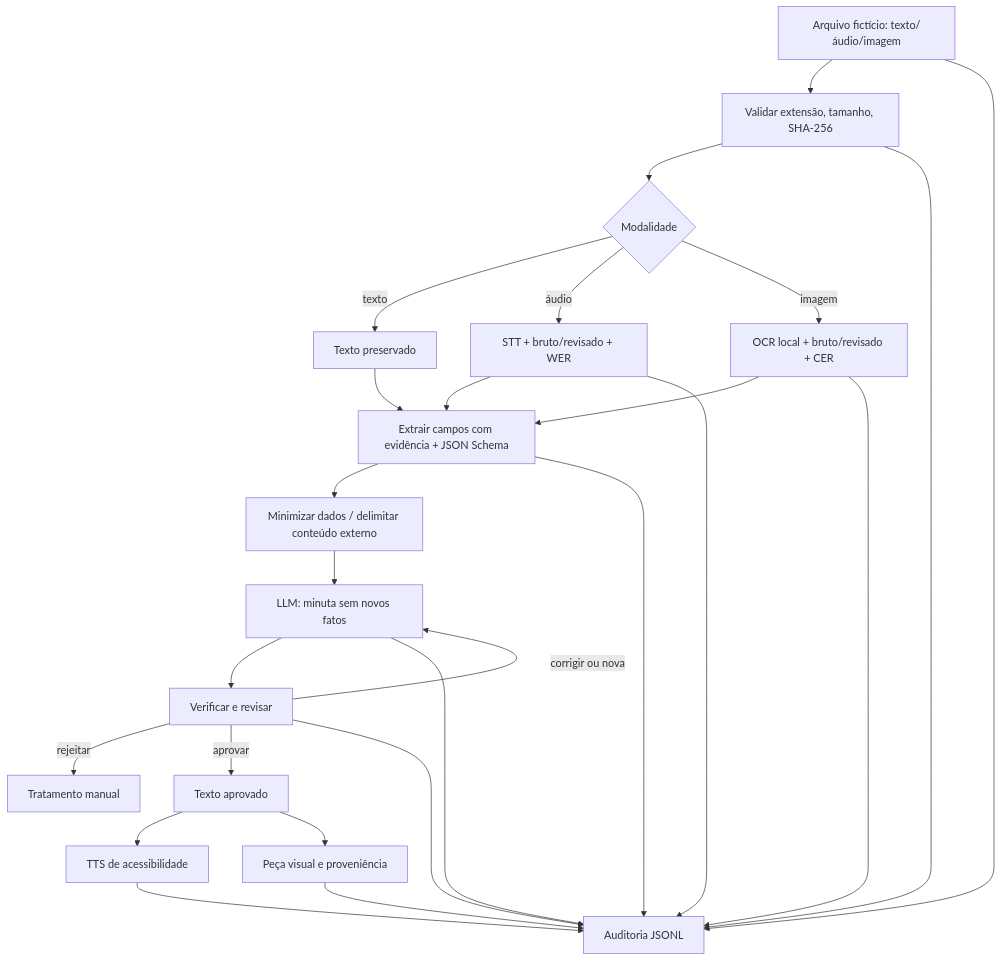
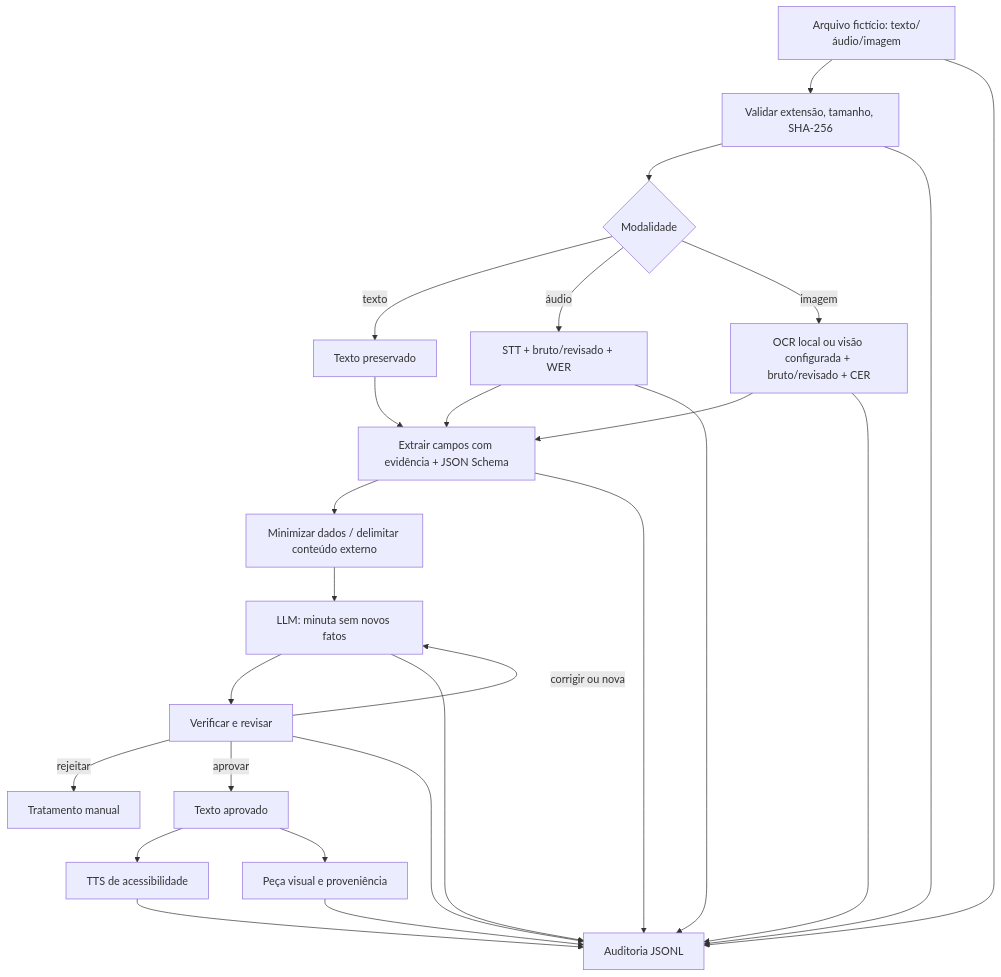
Before and after one commit to diegocbaleite/desafio-05-central-atendimento-ia: the diagram in documentacao/plano_projeto.md, drawn with Mermaid. The commit also changed 49 other files, not shown here.

````diff
--- a/documentacao/plano_projeto.md
+++ b/documentacao/plano_projeto.md
@@ -5,20 +5,20 @@
 ```mermaid
 flowchart TD
  A[Arquivo fictício: texto/áudio/imagem] --> B[Validar extensão, tamanho, SHA-256]
  B --> C{Modalidade}
  C -->|texto| D[Texto preservado]
  C -->|áudio| E[STT + bruto/revisado + WER]
- C -->|imagem| F[OCR local + bruto/revisado + CER]
+ C -->|imagem| F[OCR local ou visão configurada + bruto/revisado + CER]
  D --> G[Extrair campos com evidência + JSON Schema]
  E --> G
  F --> G
  G --> H[Minimizar dados / delimitar conteúdo externo]
  H --> I[LLM: minuta sem novos fatos]
  I --> J[Verificar e revisar]
  J -->|rejeitar| R[Tratamento manual]
  J -->|corrigir ou nova| I
  J -->|aprovar| K[Texto aprovado]
  K --> L[TTS de acessibilidade]
  K --> M[Peça visual e proveniência]
  A & B & E & F & G & I & J & L & M --> N[Auditoria JSONL]
 ```
````
